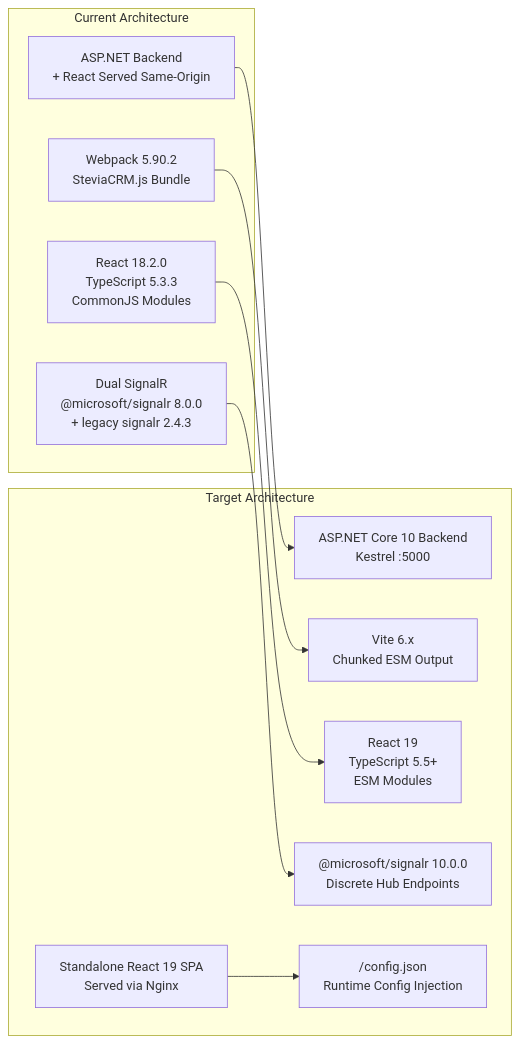
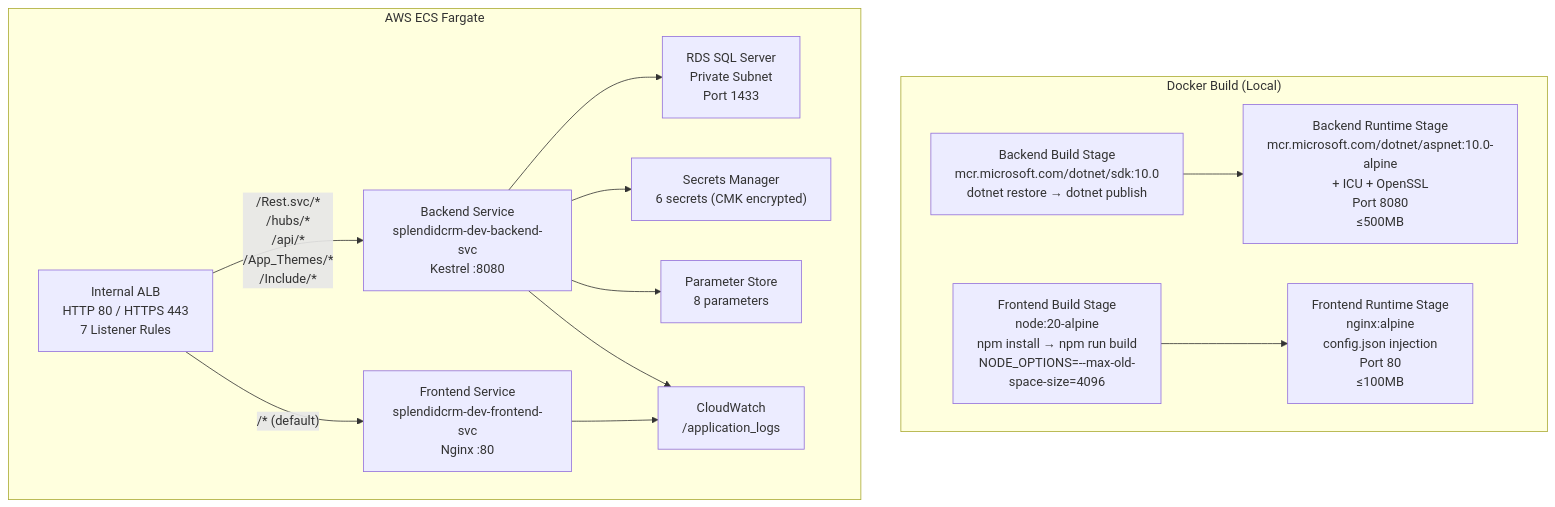
One commit to Blitzy-Sandbox/blitzy-SplendidCRM changed the first of 2 diagrams in blitzy/documentation/Technical Specifications.md. Above: the diagram before and after it, drawn with Mermaid. The commit also changed other lines of this file, not shown here.

````diff
--- a/blitzy/documentation/Technical Specifications.md
+++ b/blitzy/documentation/Technical Specifications.md
@@ -46,24 +350,29 @@
 ```mermaid
-graph LR
-    subgraph BEFORE["Current Architecture"]
-        ASP["ASP.NET Backend<br/>+ React Served Same-Origin"]
-        WP["Webpack 5.90.2<br/>SteviaCRM.js Bundle"]
-        R18["React 18.2.0<br/>TypeScript 5.3.3<br/>CommonJS Modules"]
-        SR["Dual SignalR<br/>@microsoft/signalr 8.0.0<br/>+ legacy signalr 2.4.3"]
+flowchart TB
+    subgraph DockerBuild["Docker Build (Local)"]
+        BE_SDK["Backend Build Stage<br/>mcr.microsoft.com/dotnet/sdk:10.0<br/>dotnet restore → dotnet publish"]
+        BE_RT["Backend Runtime Stage<br/>mcr.microsoft.com/dotnet/aspnet:10.0-alpine<br/>+ ICU + OpenSSL<br/>Port 8080<br/>≤500MB"]
+        FE_NODE["Frontend Build Stage<br/>node:20-alpine<br/>npm install → npm run build<br/>NODE_OPTIONS=--max-old-space-size=4096"]
+        FE_NGX["Frontend Runtime Stage<br/>nginx:alpine<br/>config.json injection<br/>Port 80<br/>≤100MB"]
+        BE_SDK --> BE_RT
+        FE_NODE --> FE_NGX
     end
 
-    subgraph AFTER["Target Architecture"]
-        BE["ASP.NET Core 10 Backend<br/>Kestrel :5000"]
-        FE["Standalone React 19 SPA<br/>Served via Nginx"]
-        VT["Vite 6.x<br/>Chunked ESM Output"]
-        R19["React 19<br/>TypeScript 5.5+<br/>ESM Modules"]
-        SRC["@microsoft/signalr 10.0.0<br/>Discrete Hub Endpoints"]
-        CFG["/config.json<br/>Runtime Config Injection"]
+    subgraph ECSFargate["AWS ECS Fargate"]
+        ALB["Internal ALB<br/>HTTP 80 / HTTPS 443<br/>7 Listener Rules"]
+        BE_SVC["Backend Service<br/>splendidcrm-dev-backend-svc<br/>Kestrel :8080"]
+        FE_SVC["Frontend Service<br/>splendidcrm-dev-frontend-svc<br/>Nginx :80"]
+        RDS["RDS SQL Server<br/>Private Subnet<br/>Port 1433"]
+        SM["Secrets Manager<br/>6 secrets (CMK encrypted)"]
+        PS["Parameter Store<br/>8 parameters"]
+        CW["CloudWatch<br/>/application_logs"]
     end
 
-    ASP --> BE
-    WP --> VT
-    R18 --> R19
-    SR --> SRC
-    FE --> CFG
+    ALB -->|"/Rest.svc/*<br/>/hubs/*<br/>/api/*<br/>/App_Themes/*<br/>/Include/*"| BE_SVC
+    ALB -->|"/* (default)"| FE_SVC
+    BE_SVC --> RDS
+    BE_SVC --> SM
+    BE_SVC --> PS
+    BE_SVC --> CW
+    FE_SVC --> CW
 ```
````
